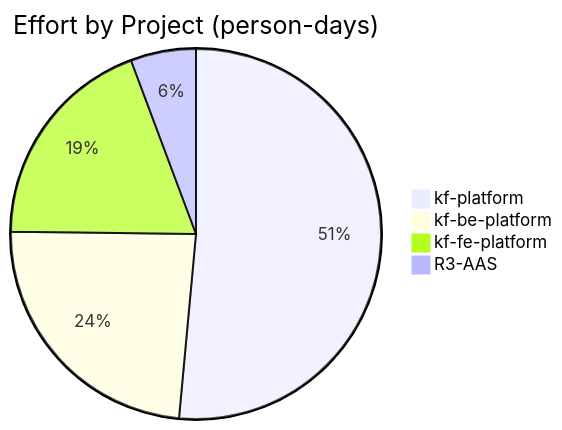
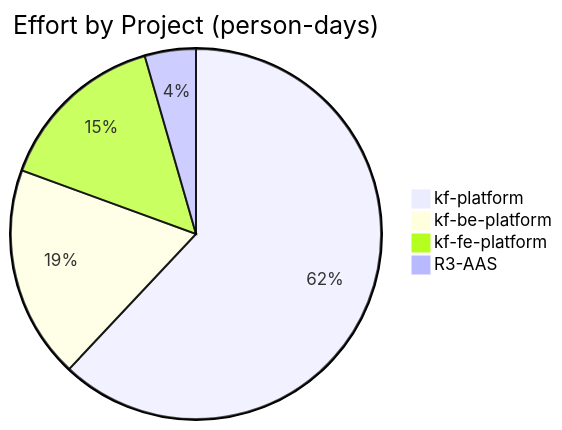
Before and after one commit to Katty-Fashion/kf-cpto: the first of 2 diagrams in docs/unified-calendar.md, drawn with Mermaid. The commit also changed other lines of this file and 12 other files, not shown here.

````diff
--- a/docs/unified-calendar.md
+++ b/docs/unified-calendar.md
@@ -10,7 +10,7 @@
 ```mermaid
 pie title Effort by Project (person-days)
-    "kf-platform" : 167.0
+    "kf-platform" : 257.0
     "kf-be-platform" : 77.0
     "kf-fe-platform" : 62.0
     "R3-AAS" : 18.5
 ```
````
